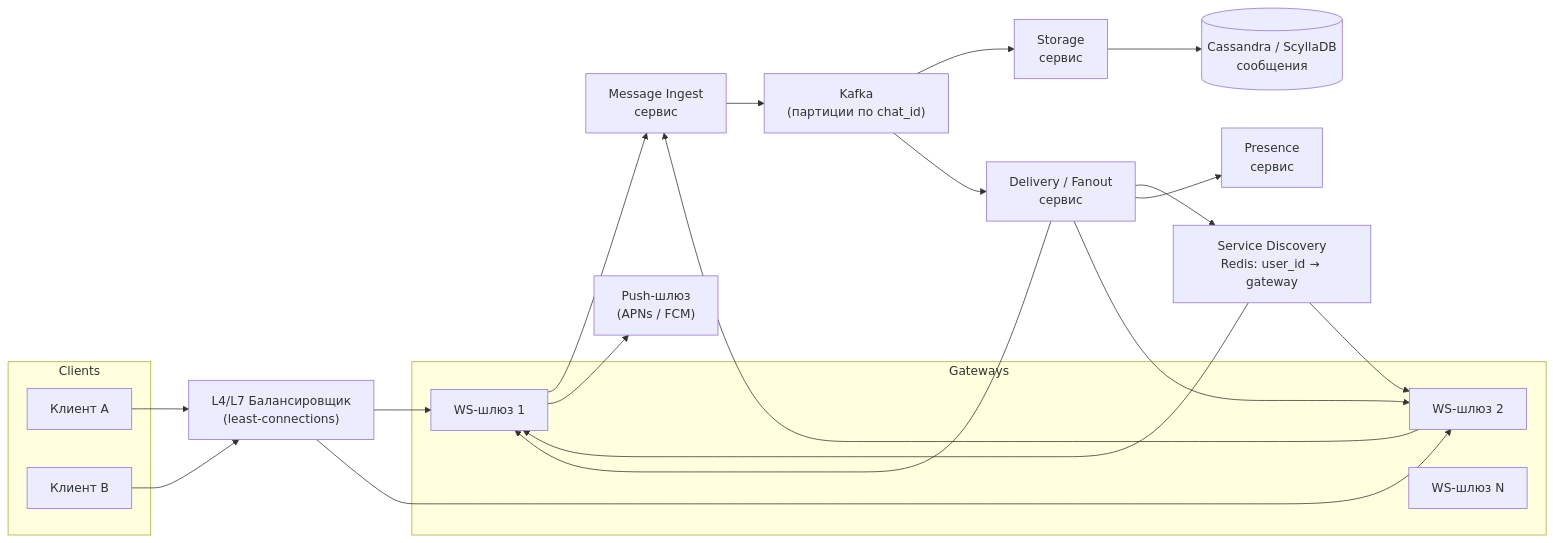
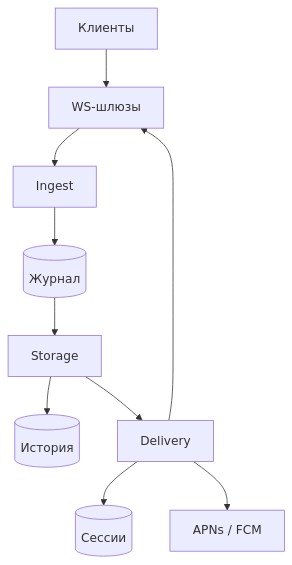
Before and after one commit to AlohaJava/system-design-interview-chamkin: the first of 6 diagrams in 02-case-studies/chat-messenger.md, drawn with Mermaid. The commit also changed other lines of this file and 49 other files, not shown here.

````diff
--- a/02-case-studies/chat-messenger.md
+++ b/02-case-studies/chat-messenger.md
@@ -96,42 +100,12 @@
 ```mermaid
-flowchart LR
-    subgraph Clients
-        A["Клиент A"]
-        B["Клиент B"]
-    end
-
-    LB["L4/L7 Балансировщик<br/>(least-connections)"]
-
-    subgraph Gateways
-        GW1["WS-шлюз 1"]
-        GW2["WS-шлюз 2"]
-        GWn["WS-шлюз N"]
-    end
-
-    ING["Message Ingest<br/>сервис"]
-    MQ["Kafka<br/>(партиции по chat_id)"]
-    DEL["Delivery / Fanout<br/>сервис"]
-    ST["Storage<br/>сервис"]
-    DB[("Cassandra / ScyllaDB<br/>сообщения")]
-    RDS["Service Discovery<br/>Redis: user_id → gateway"]
-    PRES["Presence<br/>сервис"]
-    PS["Push-шлюз<br/>(APNs / FCM)"]
-
-    A --> LB
-    B --> LB
-    LB --> GW1
-    LB --> GW2
-    GW1 --> ING
-    GW2 --> ING
-    ING --> MQ
-    MQ --> ST
-    MQ --> DEL
-    ST --> DB
-    DEL --> RDS
-    RDS --> GW1
-    RDS --> GW2
-    DEL --> GW1
-    DEL --> GW2
-    GW1 --> PS
-    DEL --> PRES
+flowchart TD
+    C["Клиенты"] --> GW["WS-шлюзы"]
+    GW --> ING["Ingest"]
+    ING --> LOG[("Журнал")]
+    LOG --> ST["Storage"]
+    ST --> DB[("История")]
+    ST --> DEL["Delivery"]
+    DEL --> DIR[("Сессии")]
+    DEL --> GW
+    DEL --> PUSH["APNs / FCM"]
 ```
````
